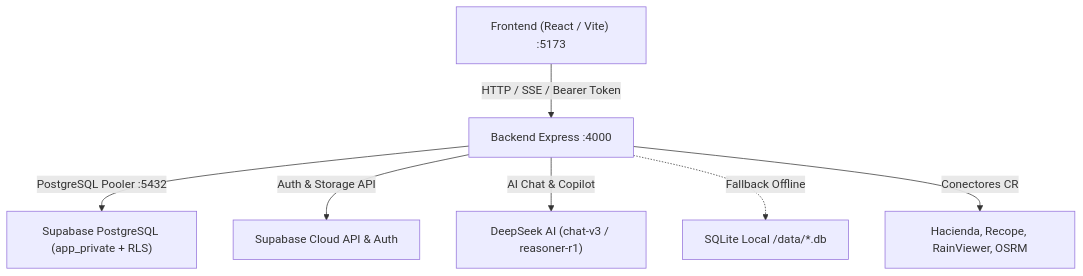
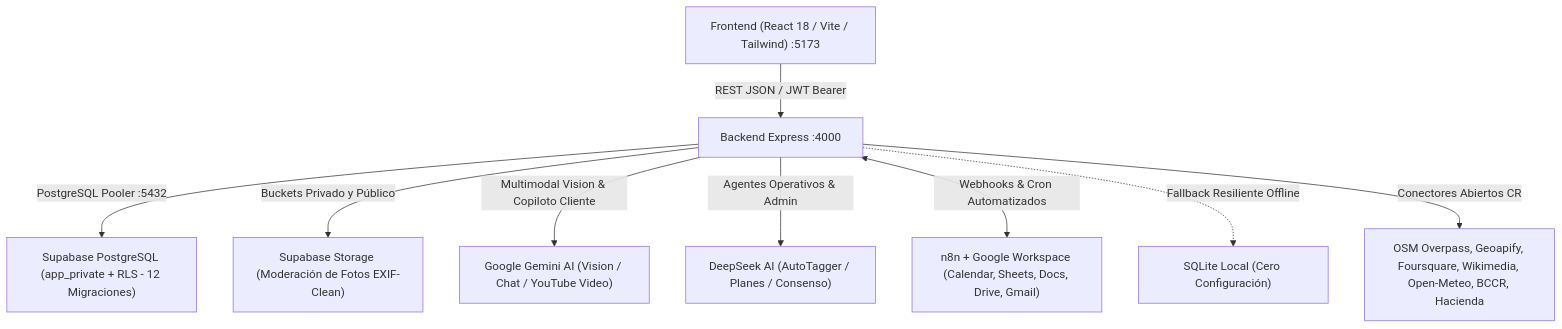
Before and after one commit to danielramirez272006-arch/proyecto-sn: the diagram in README.md, drawn with Mermaid. The commit also changed other lines of this file, not shown here.

Commit message:
docs(readme): update README with GoToX architecture, Gemini Vision pet triage, security hardening, and n8n workflows

````diff
--- a/README.md
+++ b/README.md
@@ -9,9 +11,11 @@
 ```mermaid
 graph TD
-    FE["Frontend (React / Vite) :5173"] -->|HTTP / SSE / Bearer Token| BE["Backend Express :4000"]
-    BE -->|PostgreSQL Pooler :5432| SB_DB["Supabase PostgreSQL (app_private + RLS)"]
-    BE -->|Auth & Storage API| SB_AUTH["Supabase Cloud API & Auth"]
-    BE -->|AI Chat & Copilot| DS["DeepSeek AI (chat-v3 / reasoner-r1)"]
-    BE -.->|Fallback Offline| SQLITE["SQLite Local /data/*.db"]
-    BE -->|Conectores CR| EXT["Hacienda, Recope, RainViewer, OSRM"]
+    FE["Frontend (React 18 / Vite / Tailwind) :5173"] -->|REST JSON / JWT Bearer| BE["Backend Express :4000"]
+    BE -->|PostgreSQL Pooler :5432| SB_DB["Supabase PostgreSQL (app_private + RLS - 12 Migraciones)"]
+    BE -->|Buckets Privado y Público| SB_ST["Supabase Storage (Moderación de Fotos EXIF-Clean)"]
+    BE -->|Multimodal Vision & Copiloto Cliente| GEM["Google Gemini AI (Vision / Chat / YouTube Video)"]
+    BE -->|Agentes Operativos & Admin| DS["DeepSeek AI (AutoTagger / Planes / Consenso)"]
+    BE <-->|Webhooks & Cron Automatizados| N8N["n8n + Google Workspace (Calendar, Sheets, Docs, Drive, Gmail)"]
+    BE -.->|Fallback Resiliente Offline| SQLITE["SQLite Local (Cero Configuración)"]
+    BE -->|Conectores Abiertos CR| EXT["OSM Overpass, Geoapify, Foursquare, Wikimedia, Open-Meteo, BCCR, Hacienda"]
 ```
````
